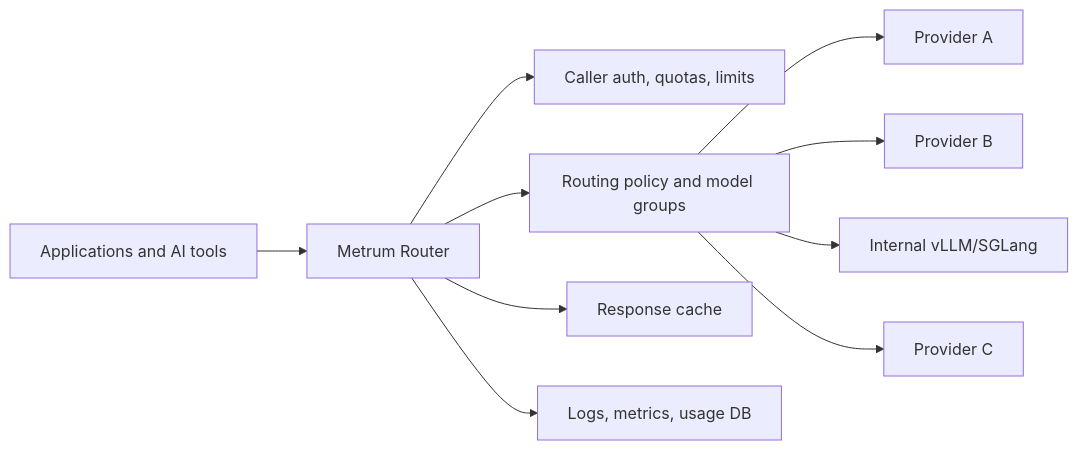
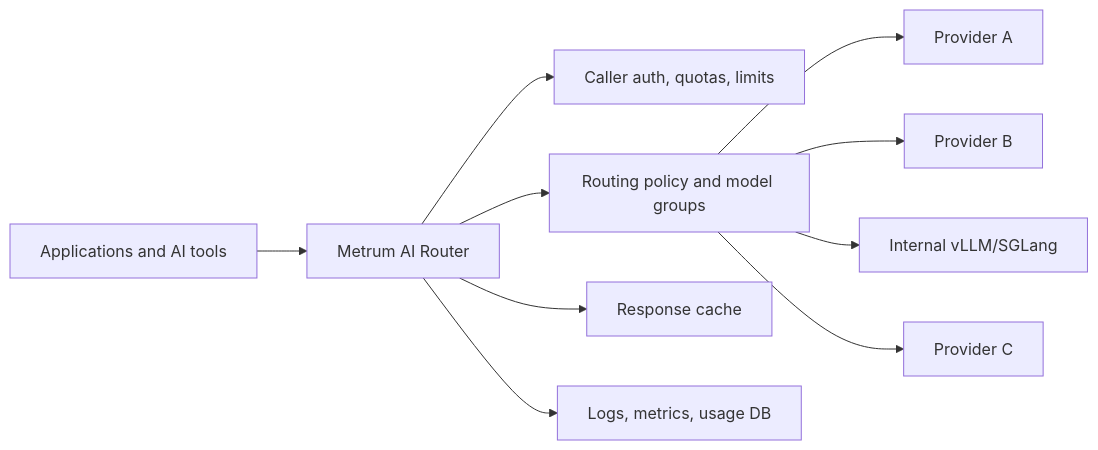
The first of 7 diagrams in docs/solution-brief.md (Metrum-AI-Products/genai-smart-router), drawn with Mermaid before and after one commit. The commit also changed other lines of this file and 43 other files, not shown here.

Commit message:
docs: standardize internal Metrum AI Router branding

````diff
--- a/docs/solution-brief.md
+++ b/docs/solution-brief.md
@@ -15,12 +15,12 @@
 ```mermaid
 flowchart LR
-  App[Applications and AI tools] --> Router[Metrum Router]
+  App[Applications and AI tools] --> Router[Metrum AI Router]
   Router --> Auth[Caller auth, quotas, limits]
   Router --> Policy[Routing policy and model groups]
   Router --> Cache[Response cache]
   Router --> Obs[Logs, metrics, usage DB]
   Policy --> P1[Provider A]
   Policy --> P2[Provider B]
   Policy --> P3[Internal vLLM/SGLang]
   Policy --> P4[Provider C]
 ```
````
